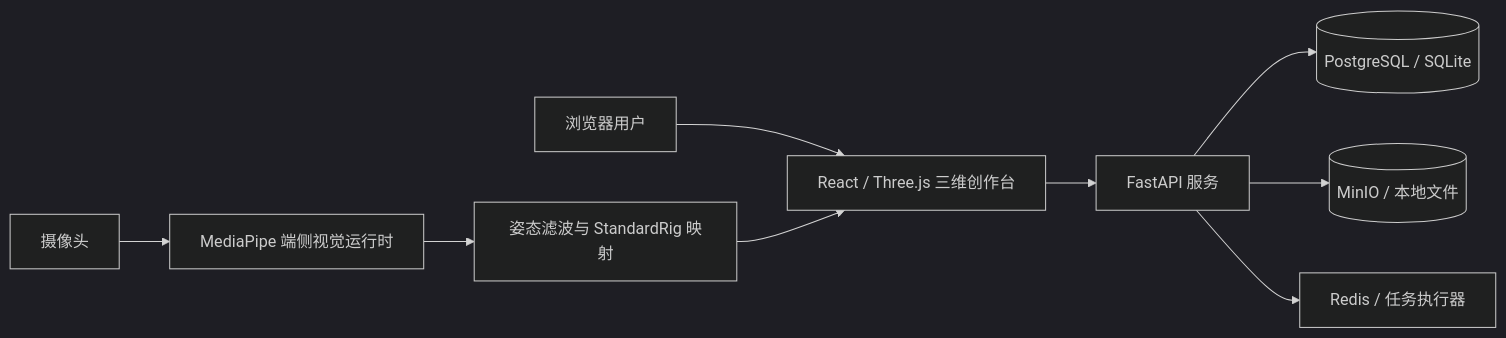
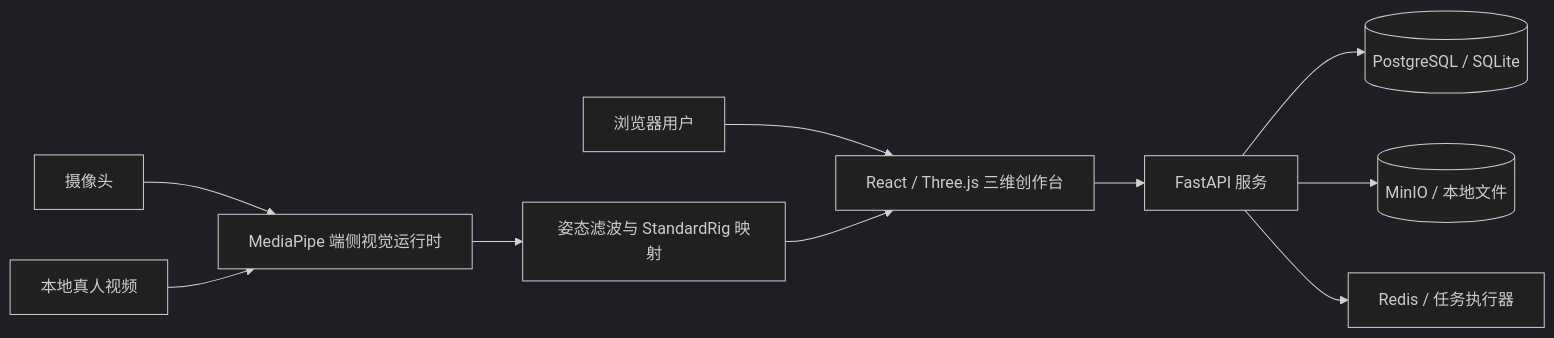
The diagram in README.md (lamp-cat/digital-human-platform), drawn with Mermaid (dark theme) before and after one commit. The commit also changed other lines of this file and 13 other files, not shown here.

````diff
--- a/README.md
+++ b/README.md
@@ -21,11 +22,12 @@
 ```mermaid
 flowchart LR
     U["浏览器用户"] --> W["React / Three.js 三维创作台"]
     C["摄像头"] --> V["MediaPipe 端侧视觉运行时"]
+    F["本地真人视频"] --> V
     V --> R["姿态滤波与 StandardRig 映射"]
     R --> W
     W --> A["FastAPI 服务"]
     A --> D[("PostgreSQL / SQLite")]
     A --> O[("MinIO / 本地文件")]
     A --> Q["Redis / 任务执行器"]
 ```
````
